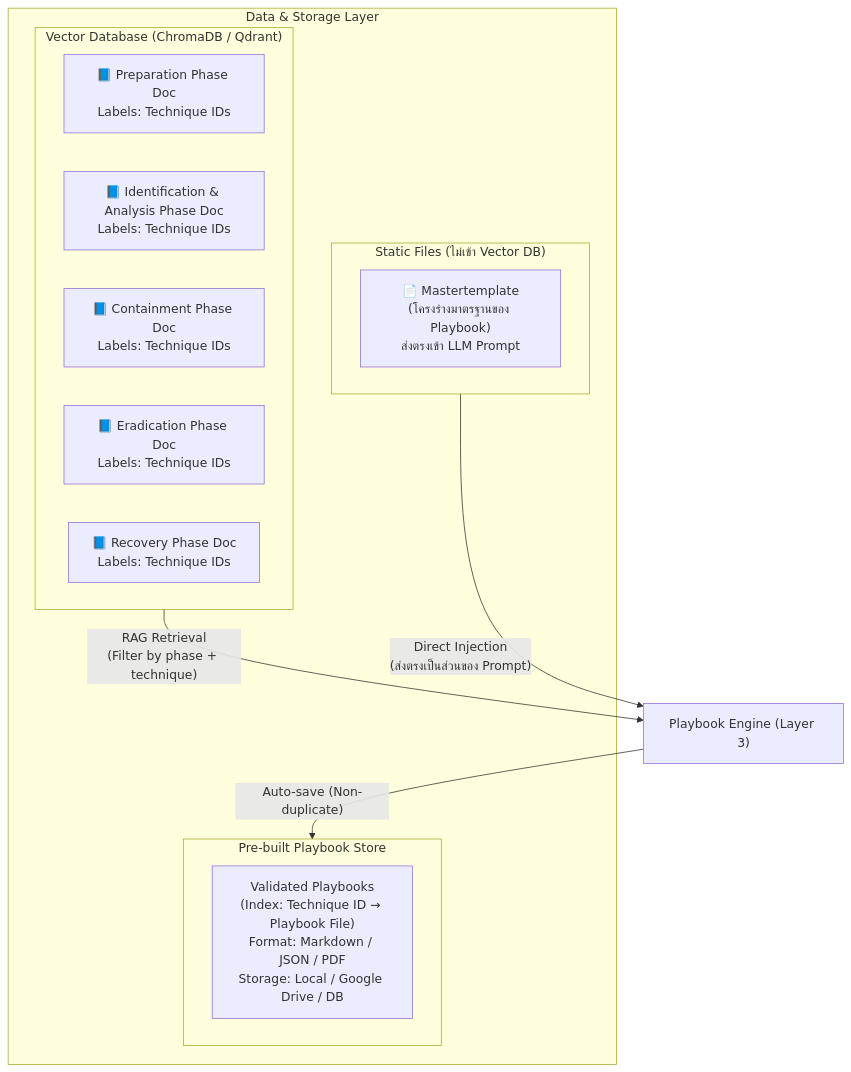
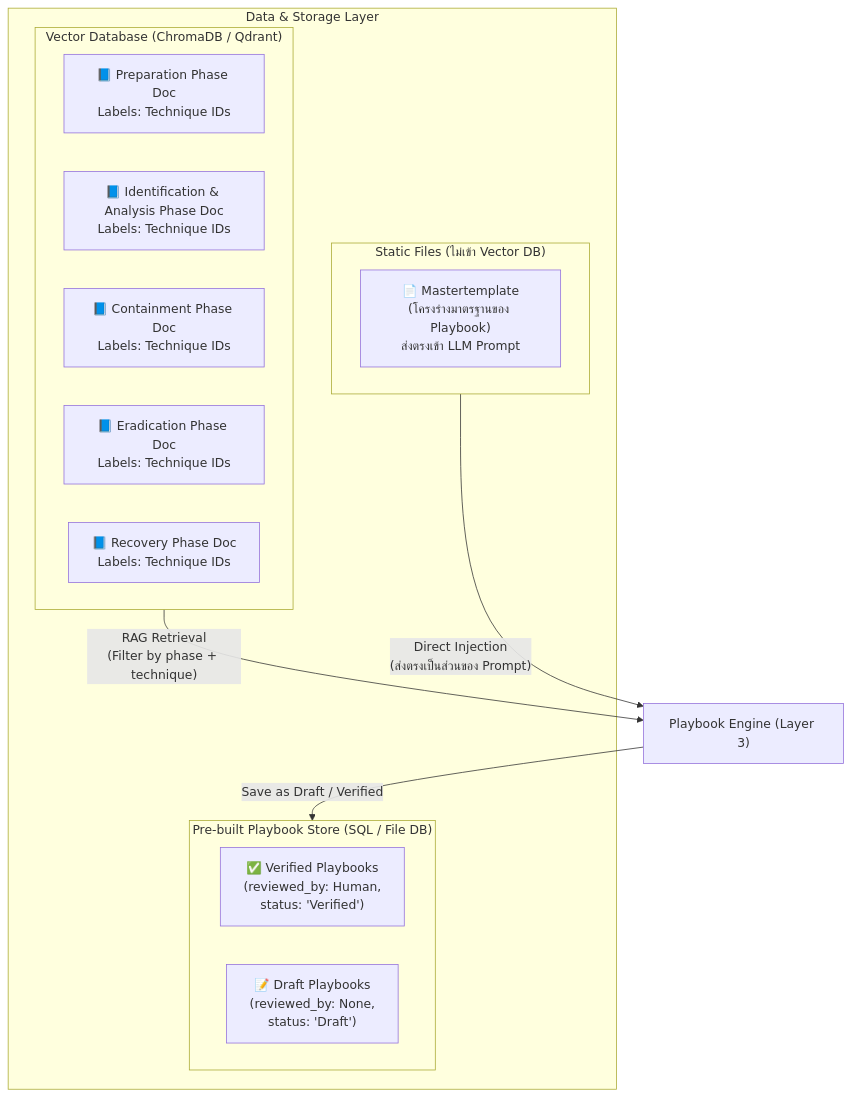
Before and after one commit to Chaithawatcer/omnissiah-playbook-workflow: the seventh of 12 diagrams in architecture.md, drawn with Mermaid. The commit also changed other lines of this file, not shown here.

Commit message:
Update architecture for Playbook Development Lifecycle and dual-flow workflows

````diff
--- a/architecture.md
+++ b/architecture.md
@@ -220,21 +252,22 @@
 ```mermaid
 graph TD
     subgraph Storage ["Data & Storage Layer"]
         subgraph vdb ["Vector Database (ChromaDB / Qdrant)"]
             p1["📘 Preparation Phase Doc\nLabels: Technique IDs"]
             p2["📘 Identification & Analysis Phase Doc\nLabels: Technique IDs"]
             p3["📘 Containment Phase Doc\nLabels: Technique IDs"]
             p4["📘 Eradication Phase Doc\nLabels: Technique IDs"]
             p5["📘 Recovery Phase Doc\nLabels: Technique IDs"]
         end
         subgraph static ["Static Files (ไม่เข้า Vector DB)"]
             master["📄 Mastertemplate\n(โครงร่างมาตรฐานของ Playbook)\nส่งตรงเข้า LLM Prompt"]
         end
-        subgraph store ["Pre-built Playbook Store"]
-            pb["Validated Playbooks\n(Index: Technique ID → Playbook File)\nFormat: Markdown / JSON / PDF\nStorage: Local / Google Drive / DB"]
+        subgraph store ["Pre-built Playbook Store (SQL / File DB)"]
+            verified["✅ Verified Playbooks\n(reviewed_by: Human,\nstatus: 'Verified')"]
+            drafts["📝 Draft Playbooks\n(reviewed_by: None,\nstatus: 'Draft')"]
         end
     end
     vdb -- "RAG Retrieval\n(Filter by phase + technique)" --> engine["Playbook Engine (Layer 3)"]
     static -- "Direct Injection\n(ส่งตรงเป็นส่วนของ Prompt)" --> engine
-    engine -- "Auto-save (Non-duplicate)" --> store
+    engine -- "Save as Draft / Verified" --> store
 ```
````
